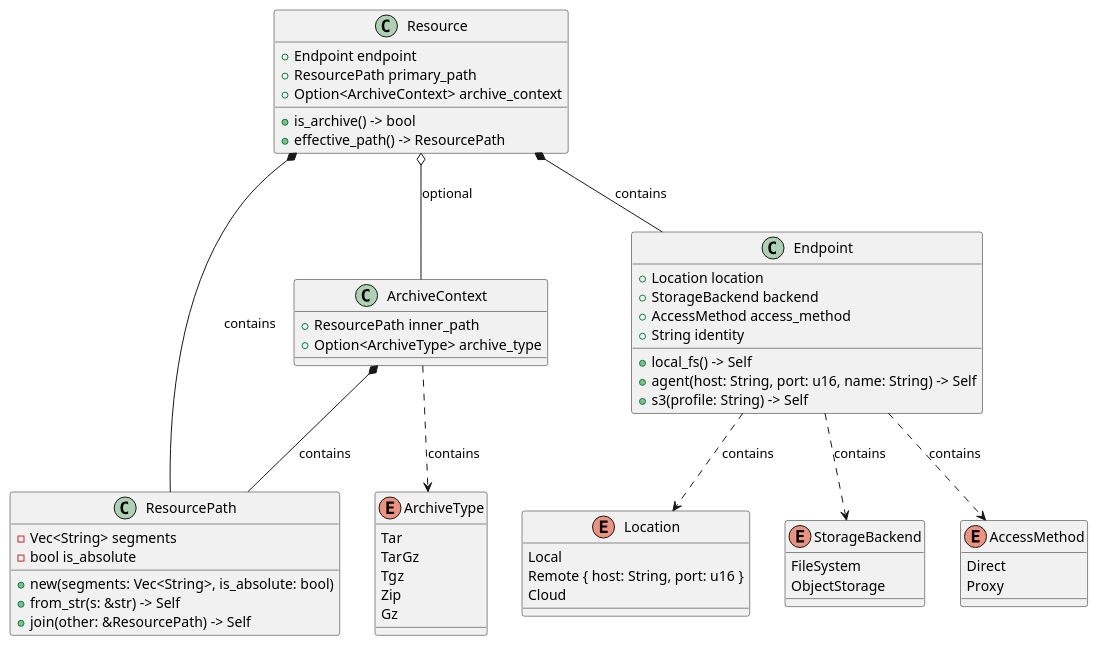
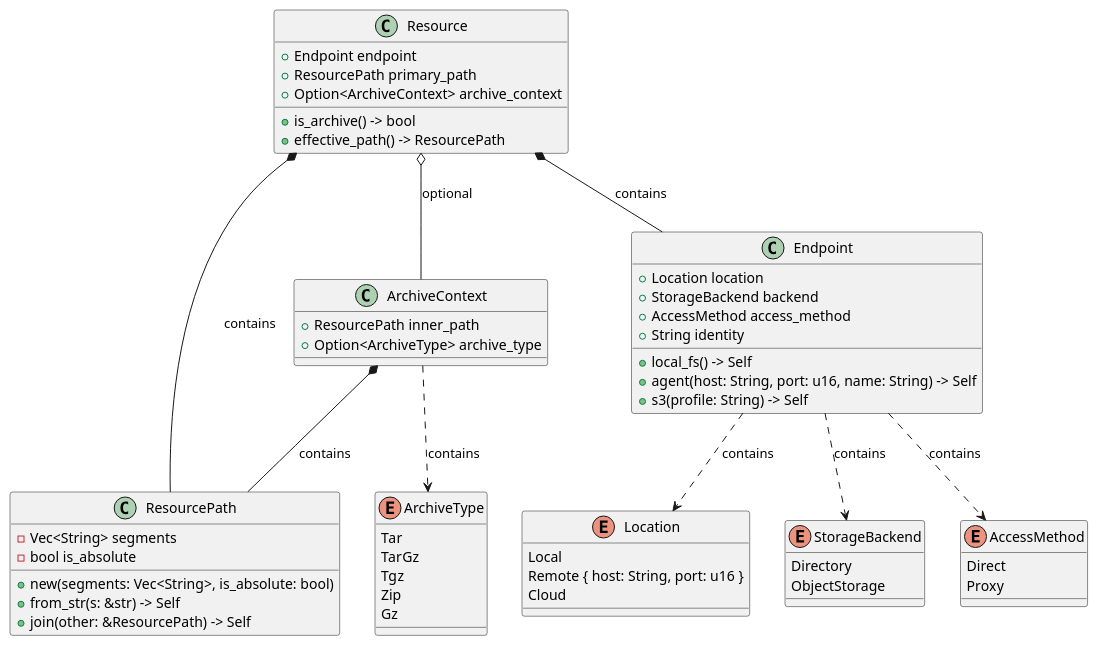
One commit to codelder/opsbox changed the first of 5 diagrams in backend/opsbox-core/docs/dfs-complete-design.md. Above: the diagram before and after it, drawn with PlantUML. The commit also changed other lines of this file, not shown here.

First line of the commit message:
docs: rename StorageBackend::FileSystem to Directory

````diff
--- a/backend/opsbox-core/docs/dfs-complete-design.md
+++ b/backend/opsbox-core/docs/dfs-complete-design.md
@@ -732,73 +732,73 @@
 ```plantuml
 @startuml DFS Domain Model
 
 ' 基础维度枚举
 enum Location {
     Local
     Remote { host: String, port: u16 }
     Cloud
 }
 
 enum StorageBackend {
-    FileSystem
+    Directory
     ObjectStorage
 }
 
 enum AccessMethod {
     Direct
     Proxy
 }
 
 enum ArchiveType {
     Tar
     TarGz
     Tgz
     Zip
     Gz
 }
 
 ' 值对象
 class ResourcePath {
     - Vec<String> segments
     - bool is_absolute
     + new(segments: Vec<String>, is_absolute: bool)
     + from_str(s: &str) -> Self
     + join(other: &ResourcePath) -> Self
 }
 
 class ArchiveContext {
     + ResourcePath inner_path
     + Option<ArchiveType> archive_type
 }
 
 ' 主要实体
 class Endpoint {
     + Location location
     + StorageBackend backend
     + AccessMethod access_method
     + String identity
     + local_fs() -> Self
     + agent(host: String, port: u16, name: String) -> Self
     + s3(profile: String) -> Self
 }
 
 class Resource {
     + Endpoint endpoint
     + ResourcePath primary_path
     + Option<ArchiveContext> archive_context
     + is_archive() -> bool
     + effective_path() -> ResourcePath
 }
 
 ' 关系
 Endpoint ..> Location : contains
 Endpoint ..> StorageBackend : contains
 Endpoint ..> AccessMethod : contains
 Resource *-- Endpoint : contains
 Resource *-- ResourcePath : contains
 Resource o-- ArchiveContext : optional
 ArchiveContext ..> ArchiveType : contains
 ArchiveContext *-- ResourcePath : contains
 
 @enduml
 ```
````
